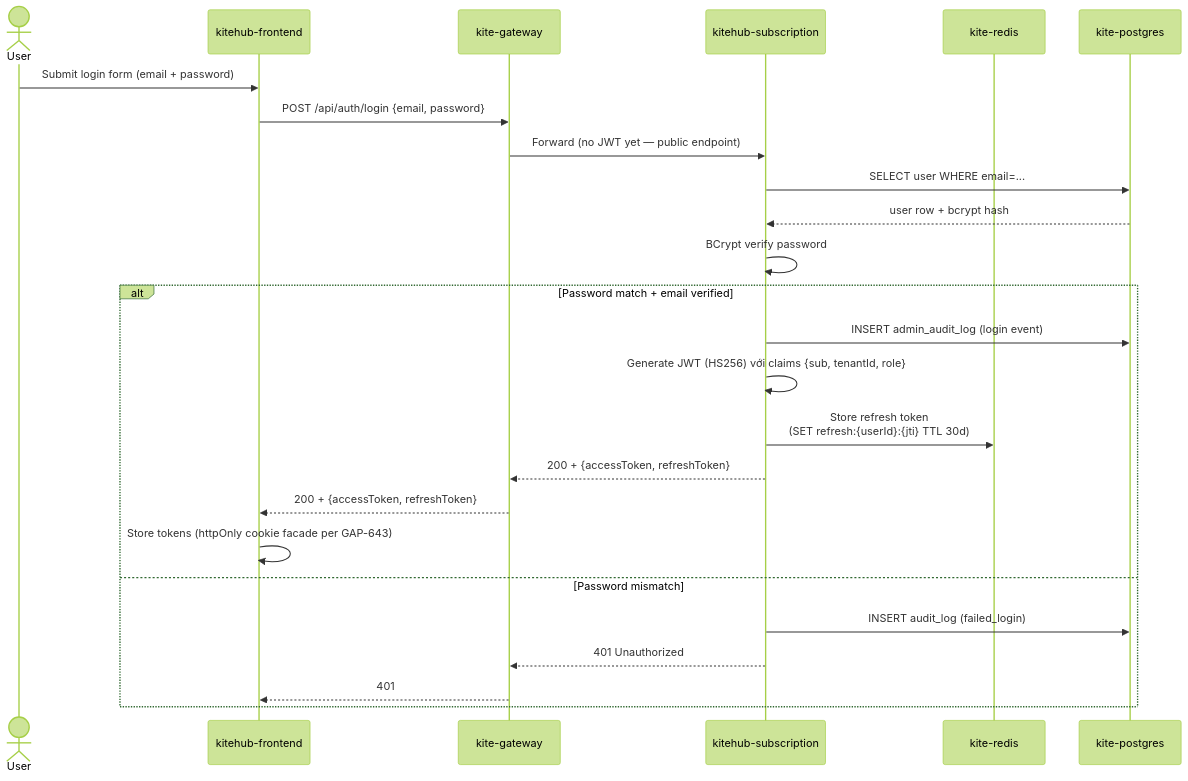
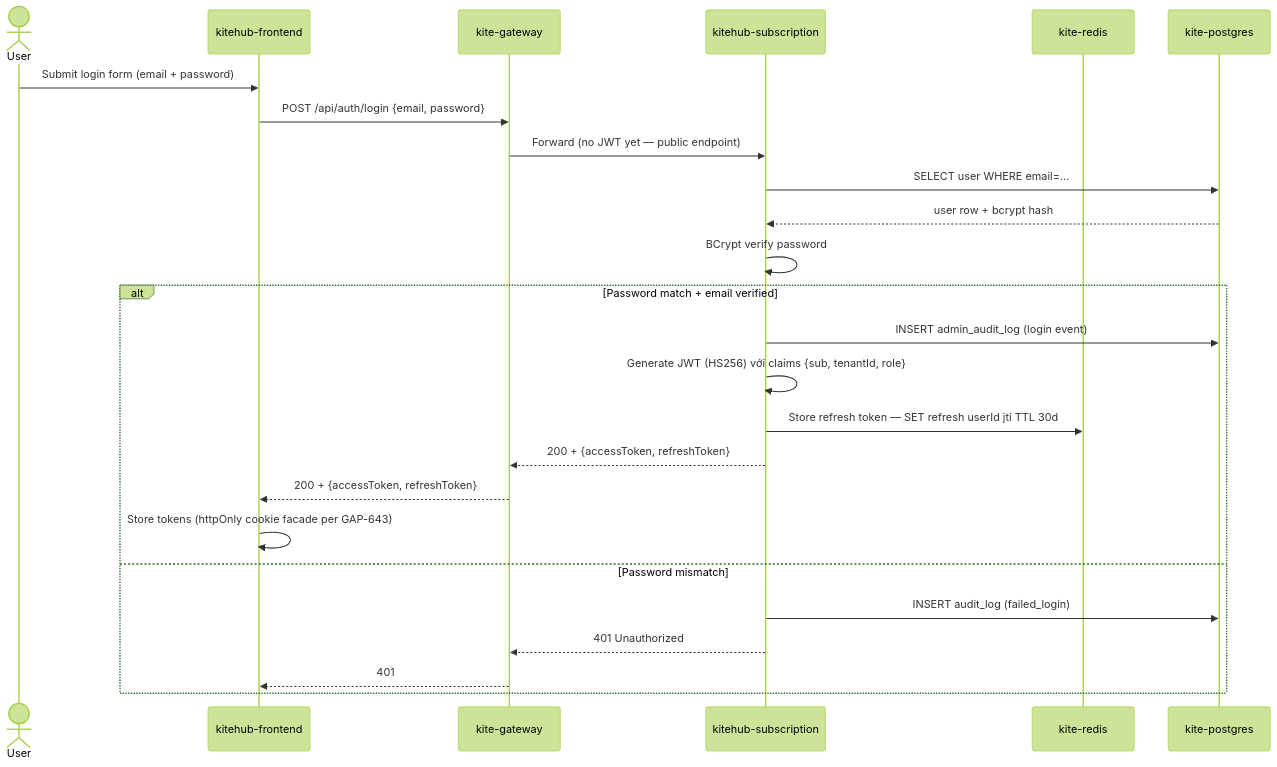
The second of 5 diagrams in documents/02-architecture/kitehub-architecture.md (VictorAurelius/2026-Kite-Class-Platform), drawn with Mermaid (forest theme) before and after one commit. The commit also changed other lines of this file and 8 other files, not shown here.

First line of the commit message:
fix(02-arch): mermaid Note over <br/> render error (recurrence #6) + rule doc anti-pattern (#1572)

````diff
--- a/documents/02-architecture/kitehub-architecture.md
+++ b/documents/02-architecture/kitehub-architecture.md
@@ -176,28 +176,28 @@
 ```mermaid
 sequenceDiagram
     actor User
     participant FE as kitehub-frontend
     participant GW as kite-gateway
     participant Sub as kitehub-subscription
     participant Redis as kite-redis
     participant PG as kite-postgres
 
     User->>FE: Submit login form (email + password)
     FE->>GW: POST /api/auth/login {email, password}
     GW->>Sub: Forward (no JWT yet — public endpoint)
     Sub->>PG: SELECT user WHERE email=...
     PG-->>Sub: user row + bcrypt hash
     Sub->>Sub: BCrypt verify password
     alt Password match + email verified
         Sub->>PG: INSERT admin_audit_log (login event)
         Sub->>Sub: Generate JWT (HS256) với claims {sub, tenantId, role}
-        Sub->>Redis: Store refresh token<br/>(SET refresh:{userId}:{jti} TTL 30d)
+        Sub->>Redis: Store refresh token — SET refresh userId jti TTL 30d
         Sub-->>GW: 200 + {accessToken, refreshToken}
         GW-->>FE: 200 + {accessToken, refreshToken}
         FE->>FE: Store tokens (httpOnly cookie facade per GAP-643)
     else Password mismatch
         Sub->>PG: INSERT audit_log (failed_login)
         Sub-->>GW: 401 Unauthorized
         GW-->>FE: 401
     end
 ```
````
